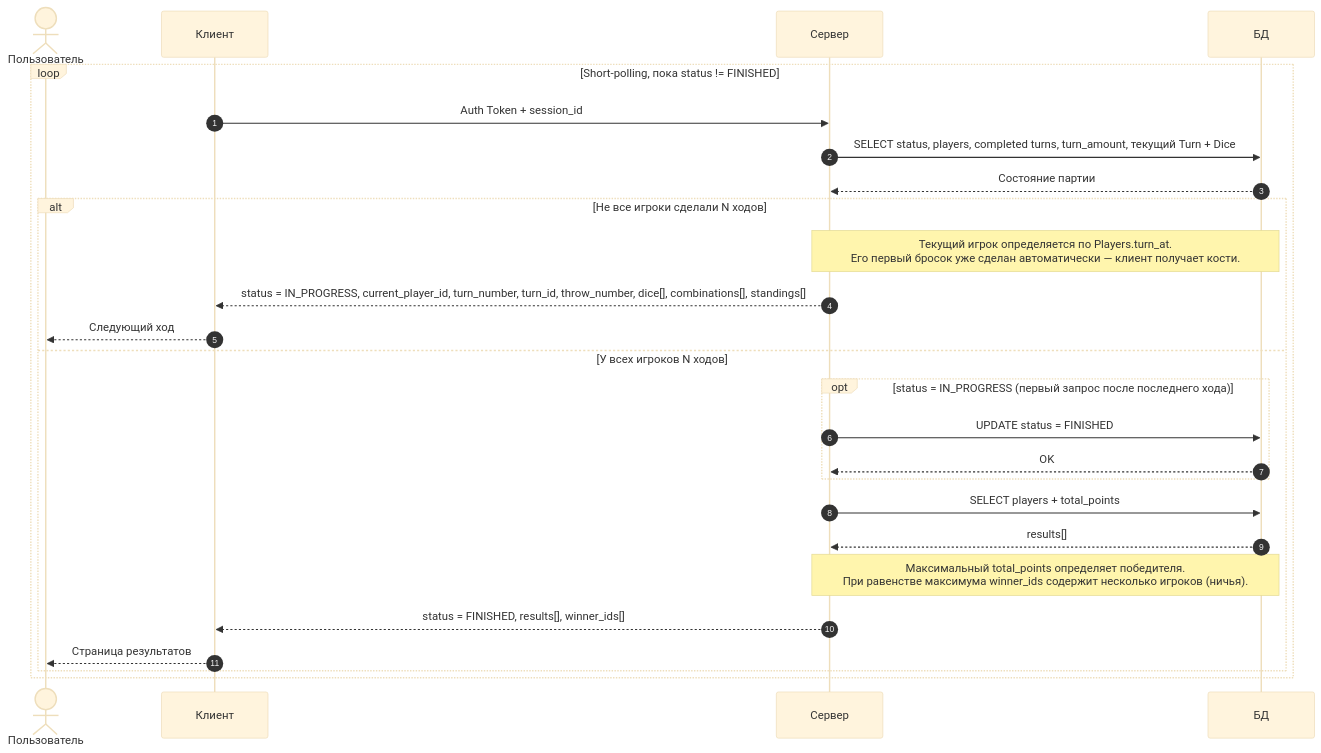
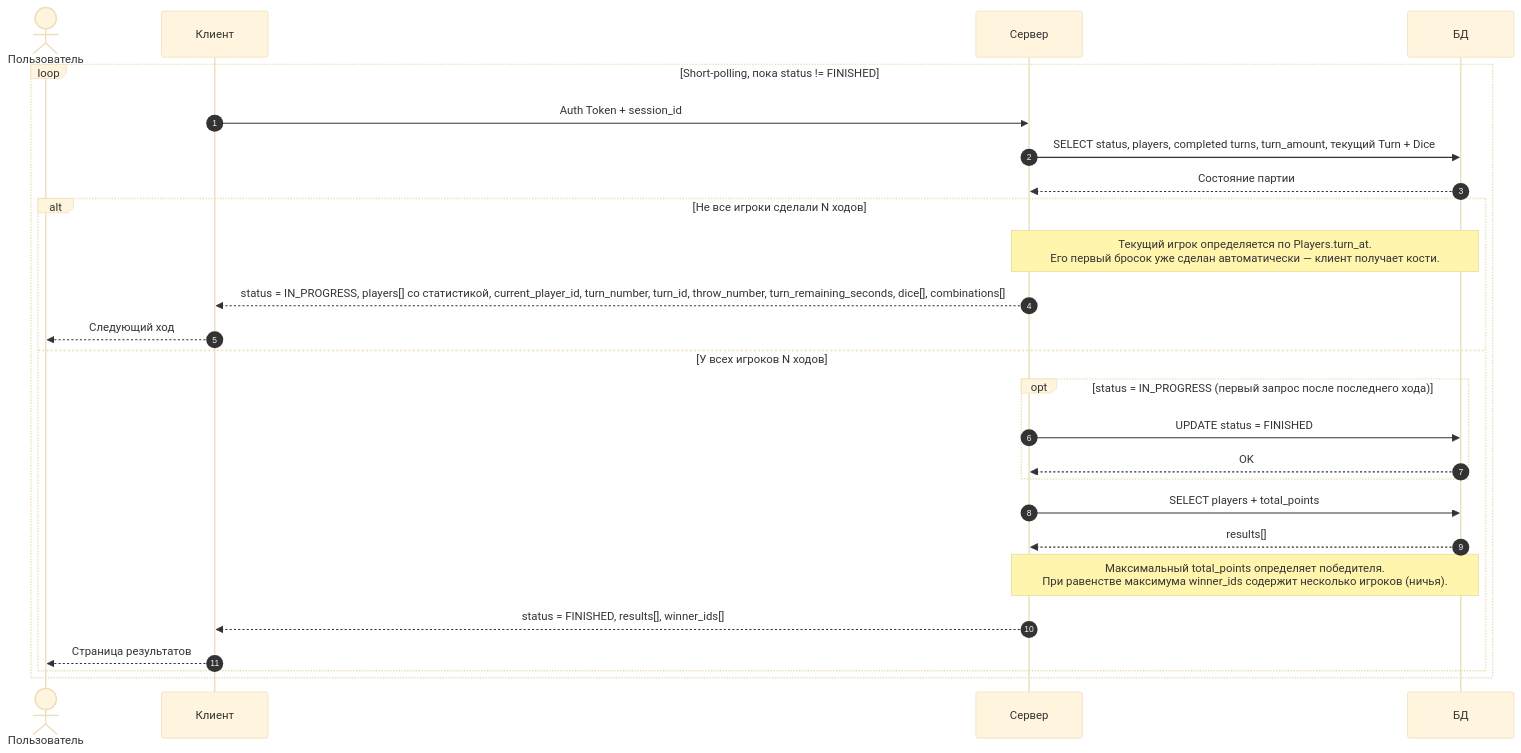
Before and after one commit to seventwogth/databases-itmo: the tenth of 11 diagrams in docs/api-schema.md, drawn with Mermaid (base theme). The commit also changed other lines of this file and 7 other files, not shown here.

Commit message:
feat: add turn countdown and player standings to session state

````diff
--- a/docs/api-schema.md
+++ b/docs/api-schema.md
@@ -206,29 +208,29 @@
 ```mermaid
 sequenceDiagram
     autonumber
     actor U as Пользователь
     participant C as Клиент
     participant S as Сервер
     participant DB as БД
 
     loop Short-polling, пока status != FINISHED
         C->>S: Auth Token + session_id
         S->>DB: SELECT status, players, completed turns, turn_amount, текущий Turn + Dice
         DB-->>S: Состояние партии
         alt Не все игроки сделали N ходов
             Note over S,DB: Текущий игрок определяется по Players.turn_at.<br/>Его первый бросок уже сделан автоматически — клиент получает кости.
-            S-->>C: status = IN_PROGRESS, current_player_id, turn_number, turn_id, throw_number, dice[], combinations[], standings[]
+            S-->>C: status = IN_PROGRESS, players[] со статистикой, current_player_id, turn_number, turn_id, throw_number, turn_remaining_seconds, dice[], combinations[]
             C-->>U: Следующий ход
         else У всех игроков N ходов
             opt status = IN_PROGRESS (первый запрос после последнего хода)
                 S->>DB: UPDATE status = FINISHED
                 DB-->>S: OK
             end
             S->>DB: SELECT players + total_points
             DB-->>S: results[]
             Note over S,DB: Максимальный total_points определяет победителя.<br/>При равенстве максимума winner_ids содержит несколько игроков (ничья).
             S-->>C: status = FINISHED, results[], winner_ids[]
             C-->>U: Страница результатов
         end
     end
 ```
````
